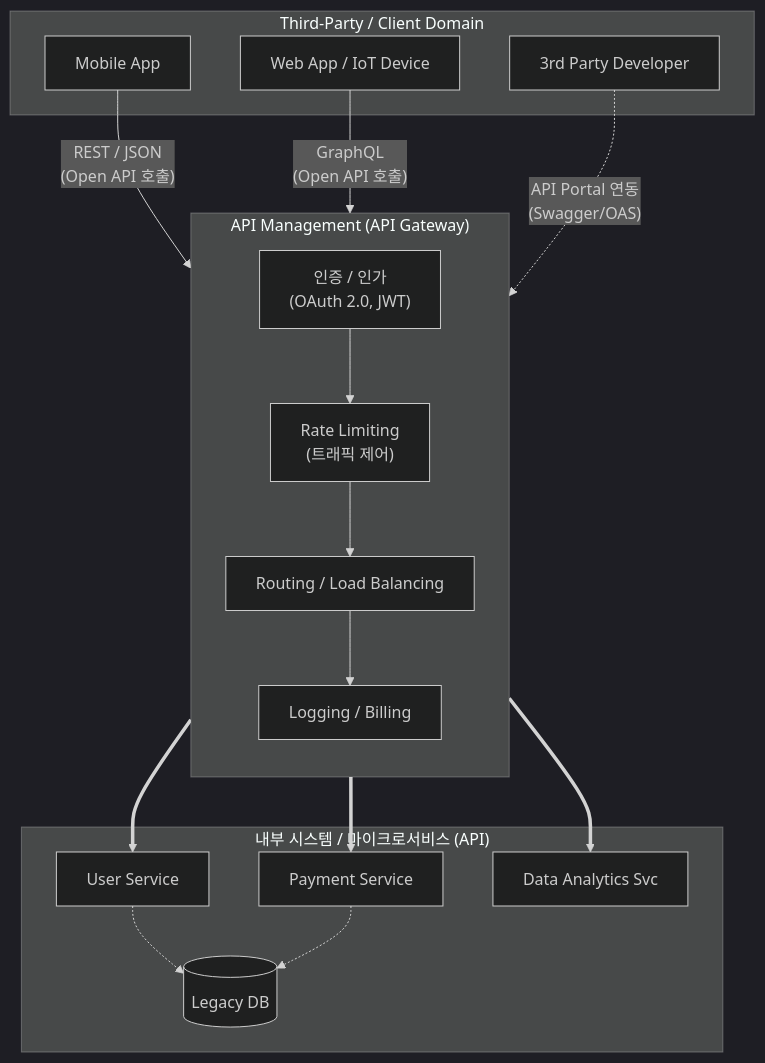
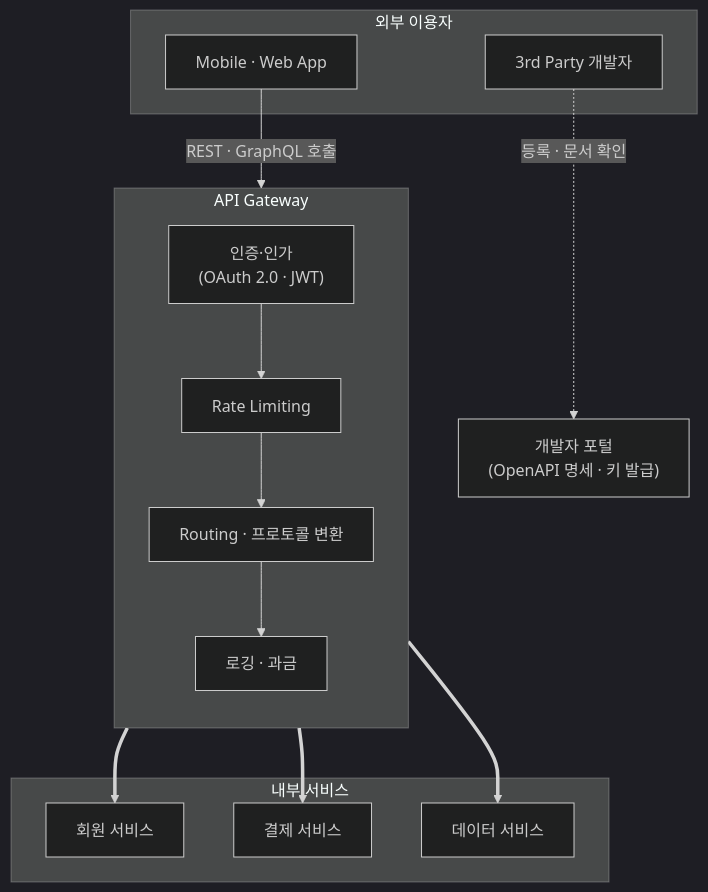
Before and after one commit to supremethumb/supremethumb.github.io: the diagram in content/01_IT Tech/Open API 및 API.md, drawn with Mermaid (dark theme). The commit also changed other lines of this file and 1087 other files, not shown here.

````diff
--- a/content/01_IT Tech/Open API 및 API.md
+++ b/content/01_IT Tech/Open API 및 API.md
@@ -33,37 +38,26 @@
 ```mermaid
 flowchart TD
-    subgraph Third_Party ["Third-Party / Client Domain"]
-        MobileApp["Mobile App"]
-        WebApp["Web App / IoT Device"]
-        Dev["3rd Party Developer"]
+    subgraph Client ["외부 이용자"]
+        MobileApp["Mobile · Web App"]
+        Dev["3rd Party 개발자"]
     end
-
-    subgraph API_Management ["API Management (API Gateway)"]
+    Portal["개발자 포털<br/>(OpenAPI 명세 · 키 발급)"]
+    subgraph GW ["API Gateway"]
         direction TB
-        Auth["인증 / 인가<br/>(OAuth 2.0, JWT)"]
-        Rate["Rate Limiting<br/>(트래픽 제어)"]
-        Route["Routing / Load Balancing"]
-        Log["Logging / Billing"]
-        
+        Auth["인증·인가<br/>(OAuth 2.0 · JWT)"]
+        Rate["Rate Limiting"]
+        Route["Routing · 프로토콜 변환"]
+        Log["로깅 · 과금"]
         Auth --> Rate --> Route --> Log
     end
-
-    subgraph Backend_Services ["내부 시스템 / 마이크로서비스 (API)"]
-        Svc1["User Service"]
-        Svc2["Payment Service"]
-        Svc3["Data Analytics Svc"]
-        DB[(Legacy DB)]
-        
-        Svc1 -.-> DB
-        Svc2 -.-> DB
+    subgraph Backend ["내부 서비스"]
+        Svc1["회원 서비스"]
+        Svc2["결제 서비스"]
+        Svc3["데이터 서비스"]
     end
-
-    MobileApp -- "REST / JSON<br/>(Open API 호출)" --> Auth
-    WebApp -- "GraphQL<br/>(Open API 호출)" --> Auth
+    Dev -.->|"등록 · 문서 확인"| Portal
+    MobileApp -->|"REST · GraphQL 호출"| Auth
     Route ==> Svc1
     Route ==> Svc2
     Route ==> Svc3
-    
-    Dev -. "API Portal 연동<br/>(Swagger/OAS)" .-> API_Management
-
 ```
````
